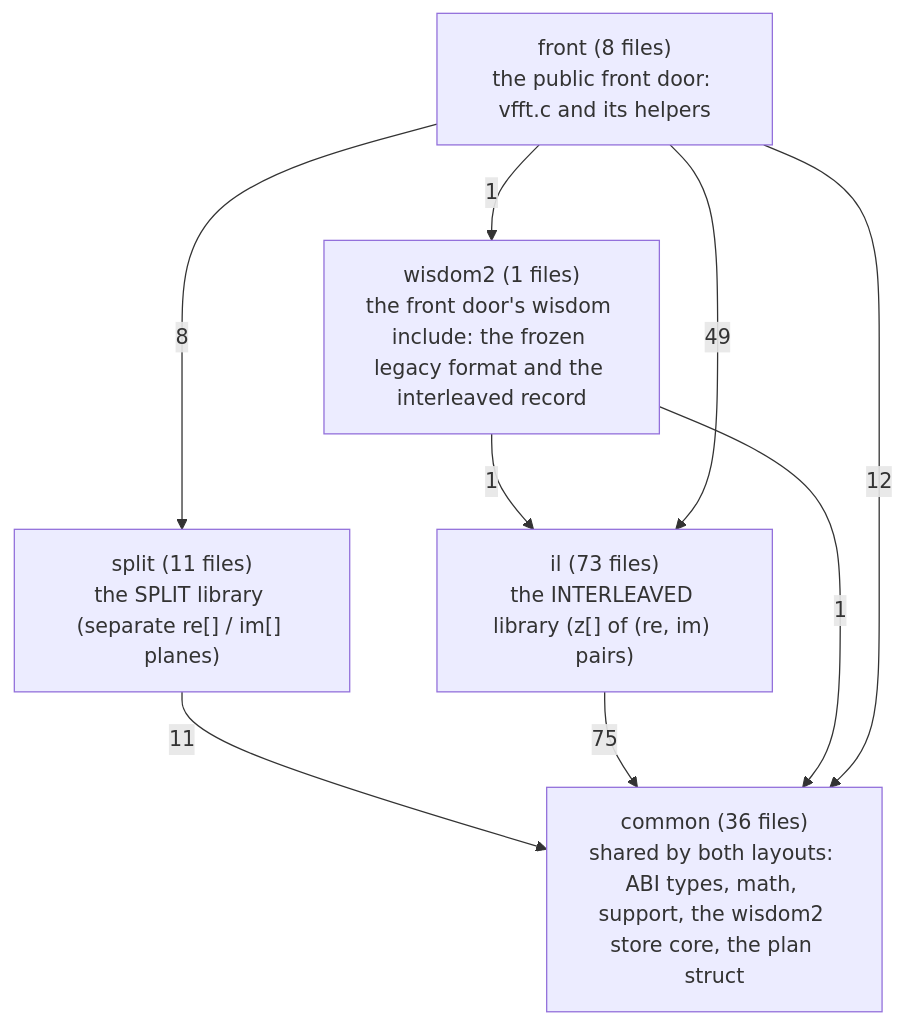
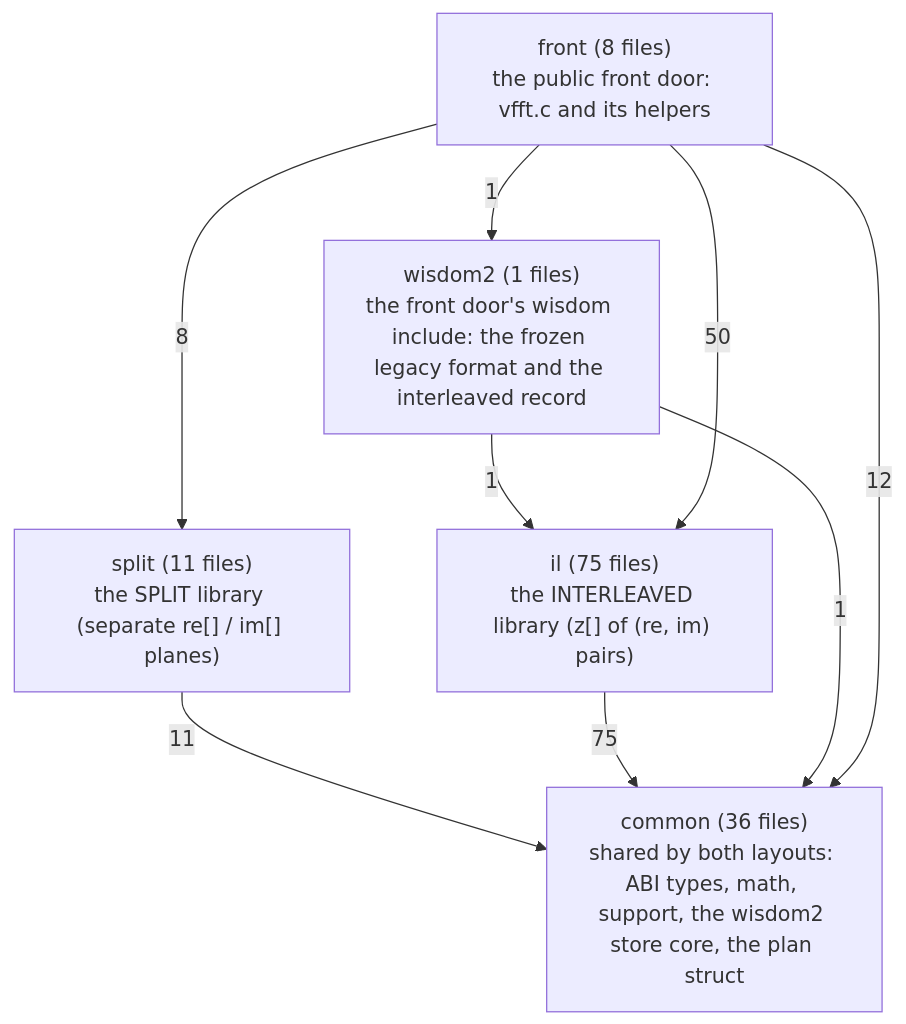
Before and after one commit to Tugbars/VectorFFT: the diagram in docs/architecture/generated/zones.md, drawn with Mermaid. The commit also changed 13 other files, not shown here.

First line of the commit message:
Architecture pages regenerated for il/real/dct1_dst1.h and real_child.h

````diff
--- a/docs/architecture/generated/zones.md
+++ b/docs/architecture/generated/zones.md
@@ -11,16 +11,16 @@
 ```mermaid
 flowchart TD
     n_common["common (36 files)<br/>shared by both layouts: ABI types, math, support, the wisdom2 store core, the plan struct"]
     n_split["split (11 files)<br/>the SPLIT library (separate re[] / im[] planes)"]
-    n_il["il (73 files)<br/>the INTERLEAVED library (z[] of (re, im) pairs)"]
+    n_il["il (75 files)<br/>the INTERLEAVED library (z[] of (re, im) pairs)"]
     n_wisdom2["wisdom2 (1 files)<br/>the front door's wisdom include: the frozen legacy format and the interleaved record"]
     n_front["front (8 files)<br/>the public front door: vfft.c and its helpers"]
     n_split -->|11| n_common
     n_il -->|75| n_common
     n_wisdom2 -->|1| n_common
     n_wisdom2 -->|1| n_il
     n_front -->|12| n_common
     n_front -->|8| n_split
-    n_front -->|49| n_il
+    n_front -->|50| n_il
     n_front -->|1| n_wisdom2
 ```
````
